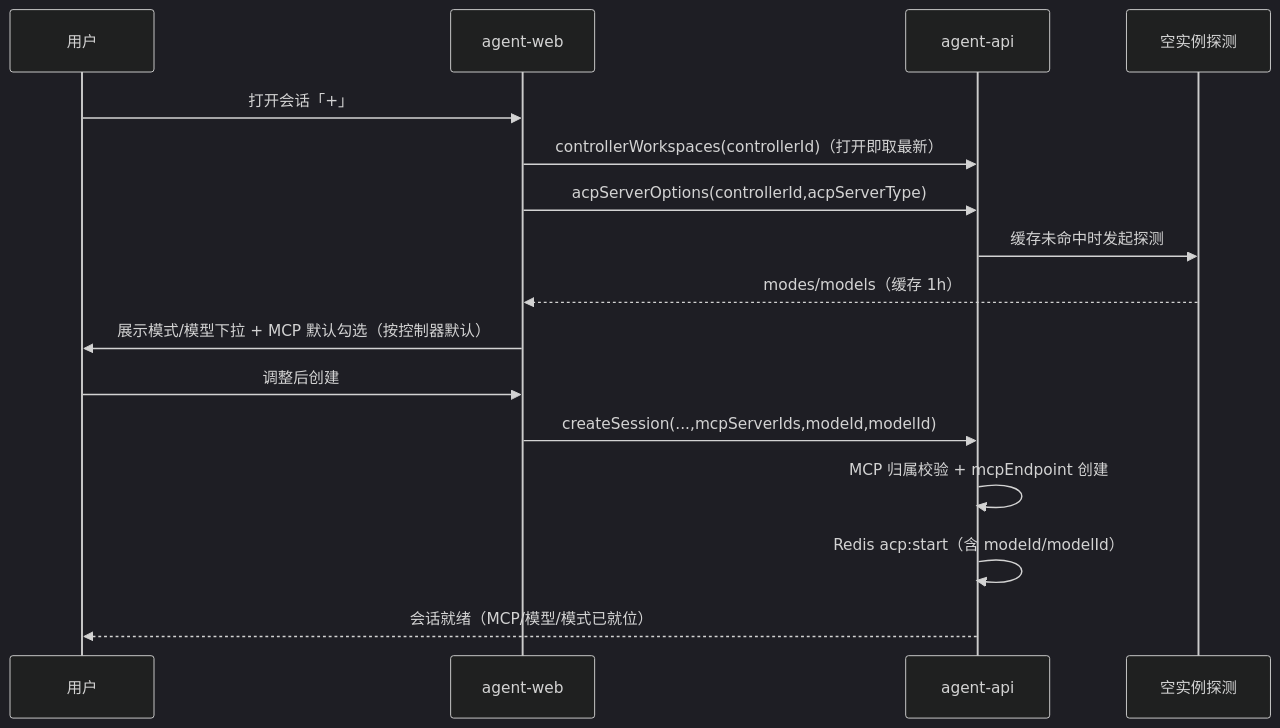
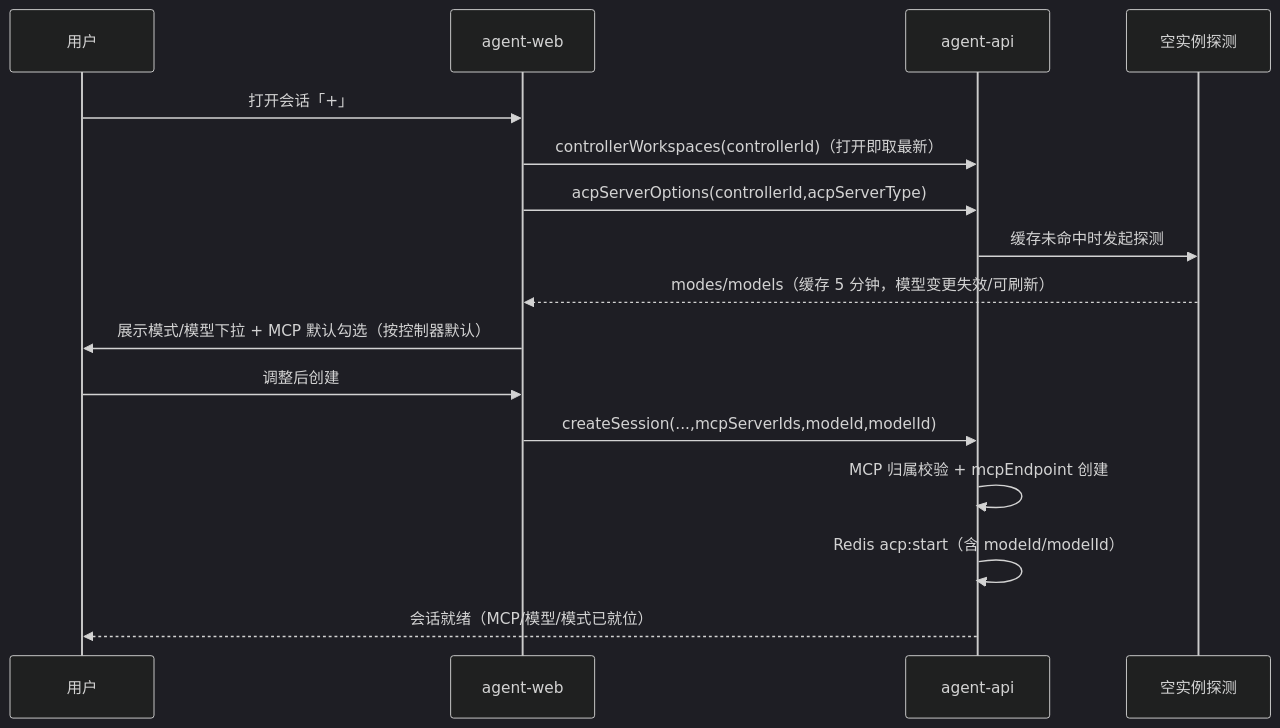
One commit to Deliay/z-agent-gear changed the fourth of 4 diagrams in docs/engineering/proposals/20261022-feat-cloud-container-optimization-phase1.md. Above: the diagram before and after it, drawn with Mermaid (dark theme). The commit also changed other lines of this file and 2 other files, not shown here.

````diff
--- a/docs/engineering/proposals/20261022-feat-cloud-container-optimization-phase1.md
+++ b/docs/engineering/proposals/20261022-feat-cloud-container-optimization-phase1.md
@@ -297,18 +326,18 @@
 ```mermaid
 sequenceDiagram
     participant U as 用户
     participant W as agent-web
     participant A as agent-api
     participant P as 空实例探测
     U->>W: 打开会话「+」
     W->>A: controllerWorkspaces(controllerId)（打开即取最新）
     W->>A: acpServerOptions(controllerId,acpServerType)
     A->>P: 缓存未命中时发起探测
-    P-->>W: modes/models（缓存 1h）
+    P-->>W: modes/models（缓存 5 分钟，模型变更失效/可刷新）
     W->>U: 展示模式/模型下拉 + MCP 默认勾选（按控制器默认）
     U->>W: 调整后创建
     W->>A: createSession(...,mcpServerIds,modeId,modelId)
     A->>A: MCP 归属校验 + mcpEndpoint 创建
     A->>A: Redis acp:start（含 modeId/modelId）
     A-->>U: 会话就绪（MCP/模型/模式已就位）
 ```
````
